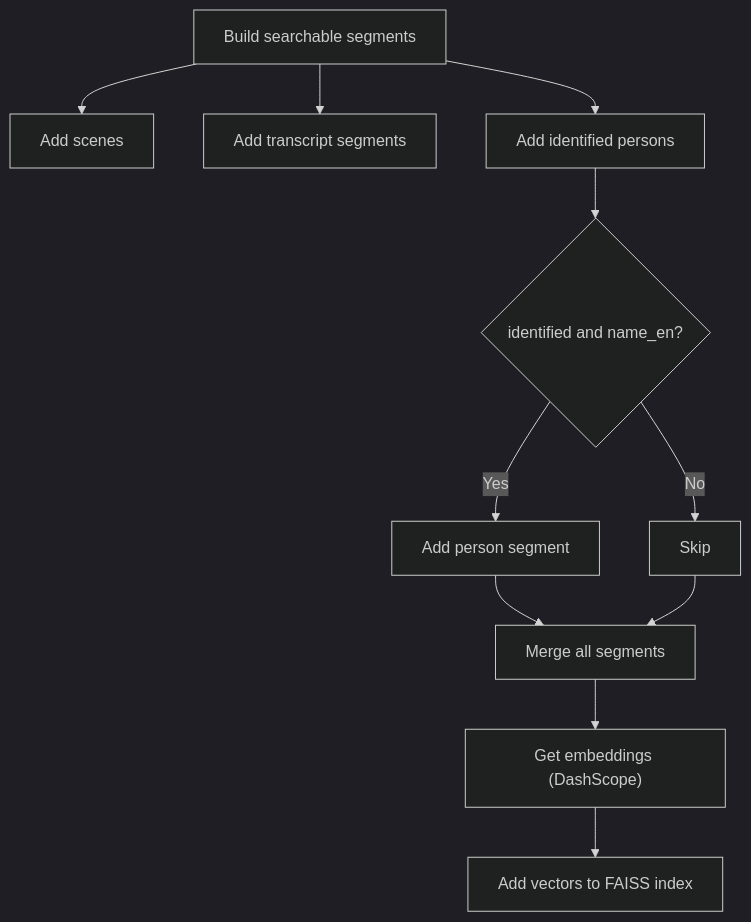
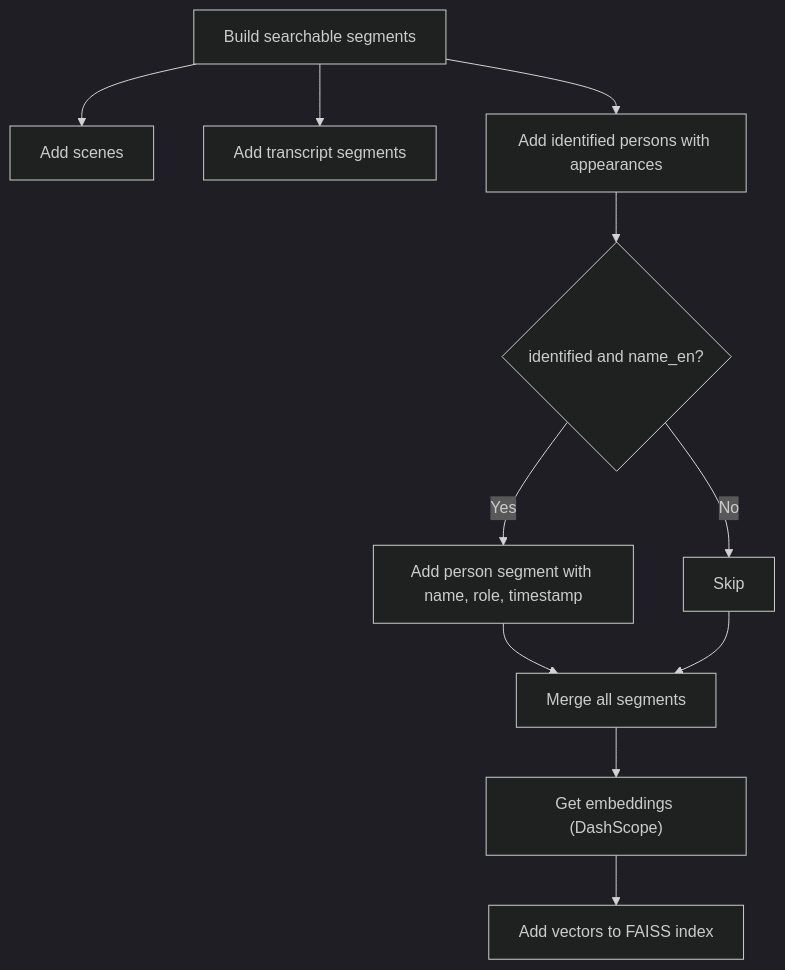
One commit to alexandreybasta-cyber/dubai-media-ai changed the fourth of 5 diagrams in .qoder/repowiki/en/content/Media Processing Pipeline/Face Recognition Stage.md. Above: the diagram before and after it, drawn with Mermaid (dark theme). The commit also changed other lines of this file and 49 other files, not shown here.

````diff
--- a/.qoder/repowiki/en/content/Media Processing Pipeline/Face Recognition Stage.md
+++ b/.qoder/repowiki/en/content/Media Processing Pipeline/Face Recognition Stage.md
@@ -189,13 +239,13 @@
 ```mermaid
 flowchart TD
 BuildSegs["Build searchable segments"] --> FromScenes["Add scenes"]
 BuildSegs --> FromTranscript["Add transcript segments"]
-BuildSegs --> FromFaces["Add identified persons"]
+BuildSegs --> FromFaces["Add identified persons with appearances"]
 FromFaces --> CheckIdent{"identified and name_en?"}
-CheckIdent --> |Yes| AddPerson["Add person segment"]
+CheckIdent --> |Yes| AddPerson["Add person segment with name, role, timestamp"]
 CheckIdent --> |No| Skip["Skip"]
 AddPerson --> Merge["Merge all segments"]
 Skip --> Merge
 Merge --> Embed["Get embeddings (DashScope)"]
 Embed --> FAISS["Add vectors to FAISS index"]
 ```
````
